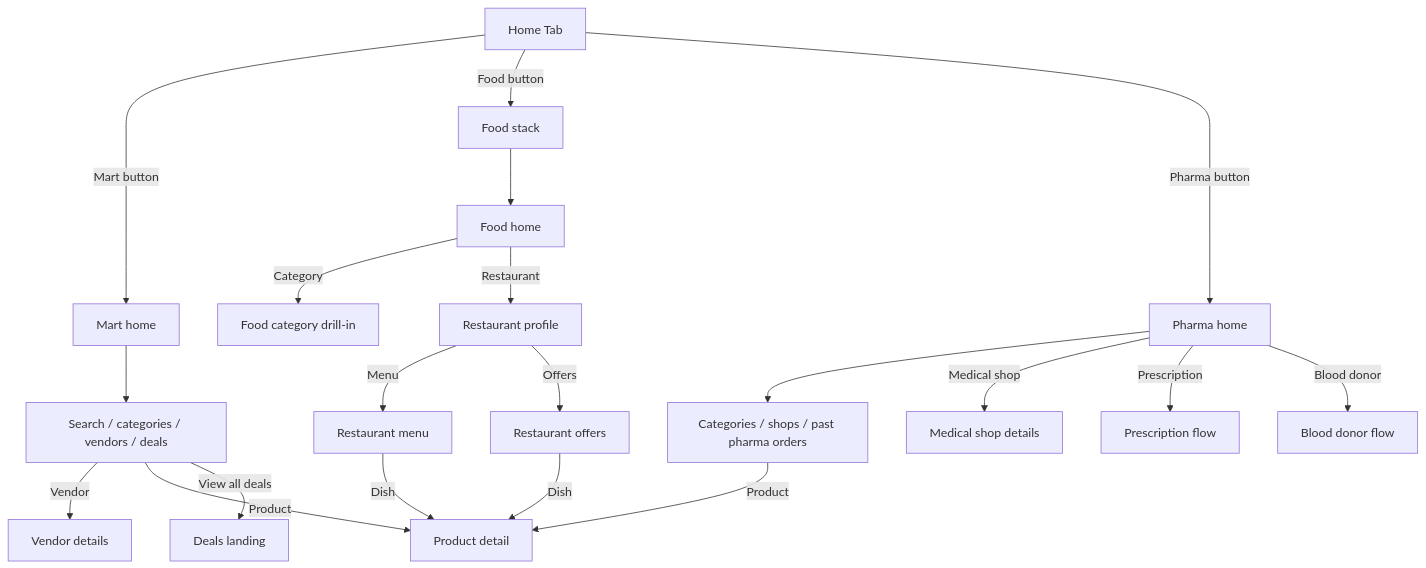
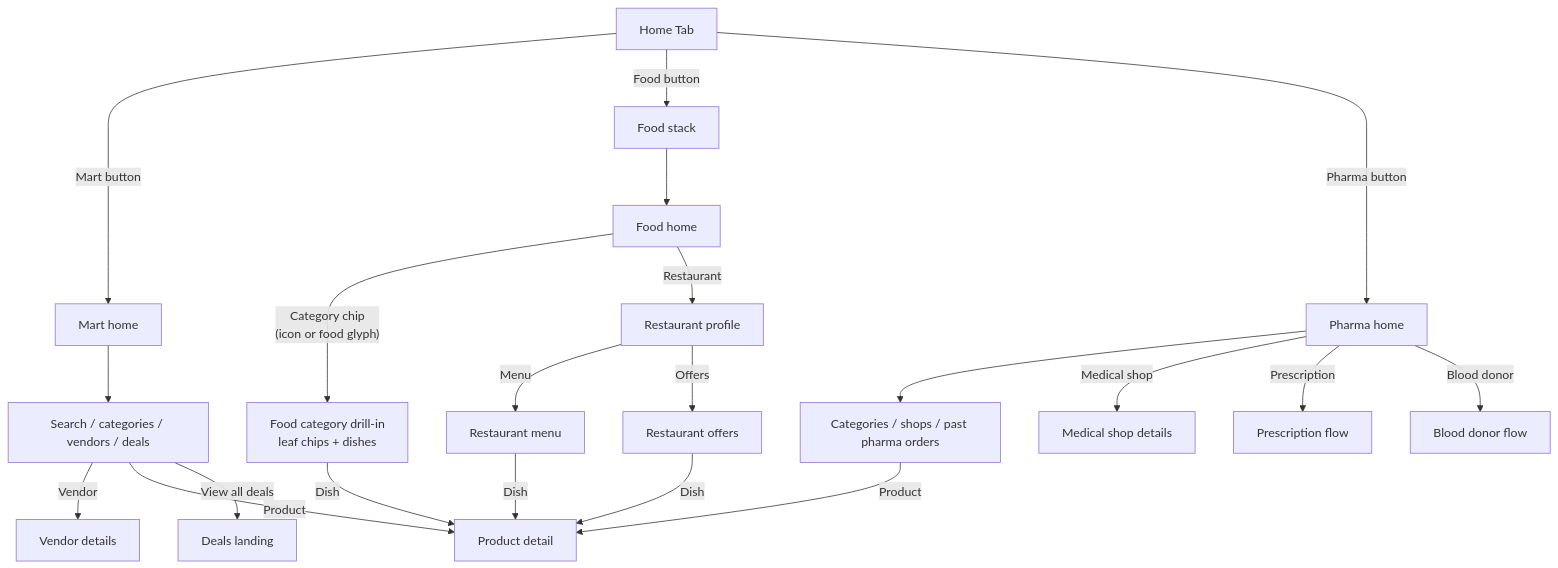
One commit to faazio-official/faazio-workspace changed the seventh of 24 diagrams in docs/FAAZIO_USER_FLOW_GUIDE.md. Above: the diagram before and after it, drawn with Mermaid. The commit also changed other lines of this file and 127 other files, not shown here.

````diff
--- a/docs/FAAZIO_USER_FLOW_GUIDE.md
+++ b/docs/FAAZIO_USER_FLOW_GUIDE.md
@@ -308,30 +323,31 @@
 ```mermaid
 flowchart TD
   HOME["Home Tab"]
   MART["Mart home"]
   FOOD["Food stack"]
   PHARMA["Pharma home"]
 
   HOME -->|"Mart button"| MART
   HOME -->|"Food button"| FOOD
   HOME -->|"Pharma button"| PHARMA
 
   MART --> MART_SEARCH["Search / categories / vendors / deals"]
   MART_SEARCH -->|"Vendor"| VD["Vendor details"]
   MART_SEARCH -->|"Product"| PD["Product detail"]
   MART_SEARCH -->|"View all deals"| DEALS["Deals landing"]
 
   FOOD --> FHOME["Food home"]
-  FHOME -->|"Category"| FCAT["Food category drill-in"]
+  FHOME -->|"Category chip<br/>(icon or food glyph)"| FCAT["Food category drill-in<br/>leaf chips + dishes"]
   FHOME -->|"Restaurant"| RPROF["Restaurant profile"]
   RPROF -->|"Menu"| RMENU["Restaurant menu"]
   RPROF -->|"Offers"| ROFF["Restaurant offers"]
+  FCAT -->|"Dish"| PD
   RMENU -->|"Dish"| PD
   ROFF -->|"Dish"| PD
 
   PHARMA --> PHCAT["Categories / shops / past pharma orders"]
   PHARMA -->|"Medical shop"| MSHOP["Medical shop details"]
   PHARMA -->|"Prescription"| RX["Prescription flow"]
   PHARMA -->|"Blood donor"| BLOOD["Blood donor flow"]
   PHCAT -->|"Product"| PD
 ```
````
